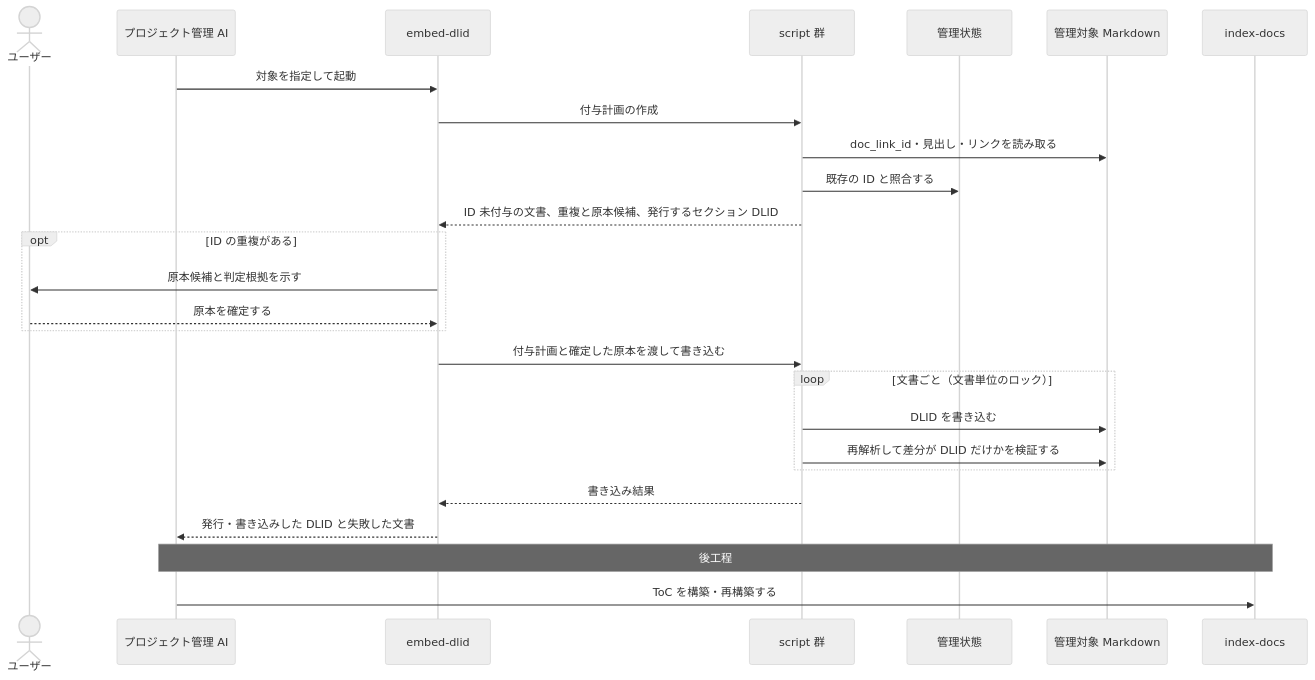
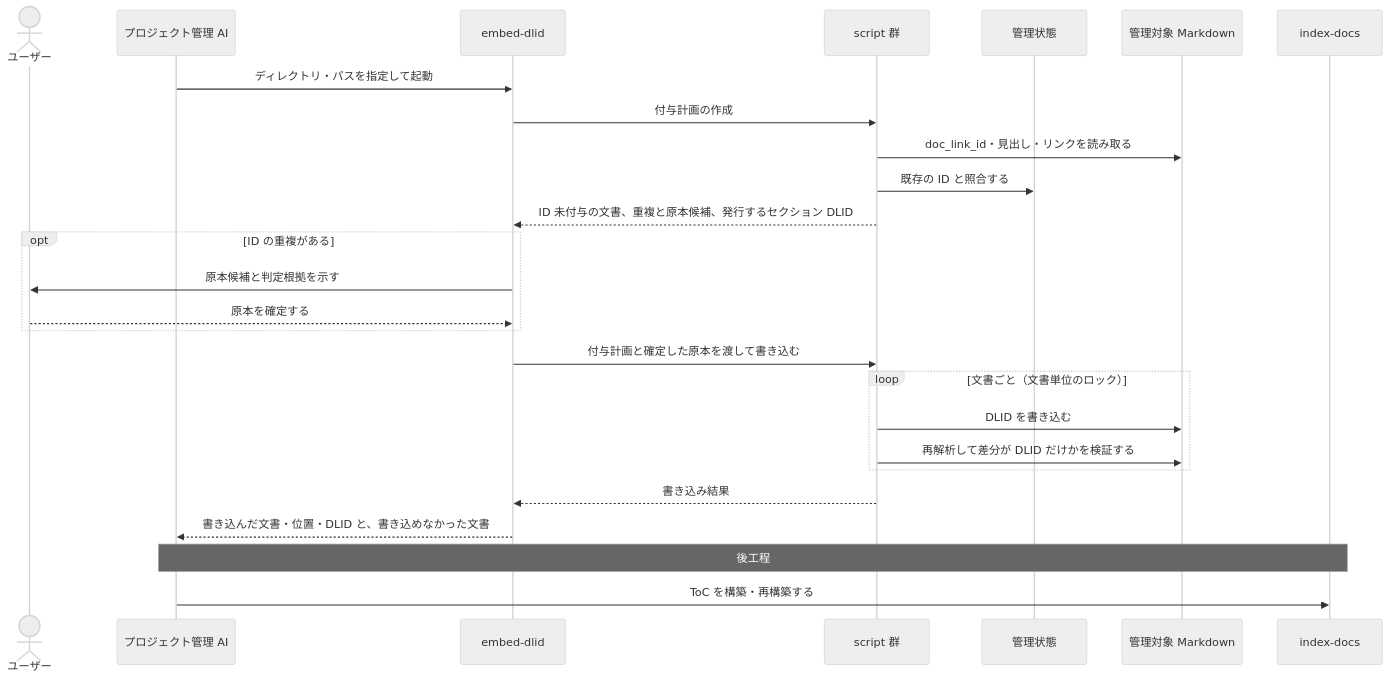
The second of 8 diagrams in docs/specs/design/DES-010-skill-composition.md (BlueEventHorizon/doc-link), drawn with Mermaid (neutral theme) before and after one commit. The commit also changed other lines of this file and 21 other files, not shown here.

````diff
--- a/docs/specs/design/DES-010-skill-composition.md
+++ b/docs/specs/design/DES-010-skill-composition.md
@@ -123,29 +125,29 @@
 ```mermaid
 sequenceDiagram
     actor User as ユーザー
     participant PM as プロジェクト管理 AI
     participant Skill as embed-dlid
     participant Scripts as script 群
     participant DB as 管理状態
     participant Docs as 管理対象 Markdown
     participant Index as index-docs
 
-    PM->>Skill: 対象を指定して起動
+    PM->>Skill: ディレクトリ・パスを指定して起動
     Skill->>Scripts: 付与計画の作成
     Scripts->>Docs: doc_link_id・見出し・リンクを読み取る
     Scripts->>DB: 既存の ID と照合する
     Scripts-->>Skill: ID 未付与の文書、重複と原本候補、発行するセクション DLID
     opt ID の重複がある
         Skill->>User: 原本候補と判定根拠を示す
         User-->>Skill: 原本を確定する
     end
     Skill->>Scripts: 付与計画と確定した原本を渡して書き込む
     loop 文書ごと（文書単位のロック）
         Scripts->>Docs: DLID を書き込む
         Scripts->>Docs: 再解析して差分が DLID だけかを検証する
     end
     Scripts-->>Skill: 書き込み結果
-    Skill-->>PM: 発行・書き込みした DLID と失敗した文書
+    Skill-->>PM: 書き込んだ文書・位置・DLID と、書き込めなかった文書
     Note over PM,Index: 後工程
     PM->>Index: ToC を構築・再構築する
 ```
````
